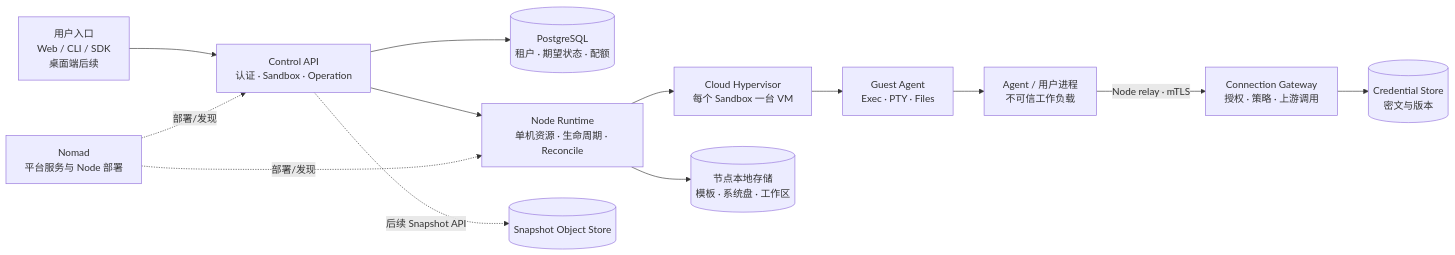
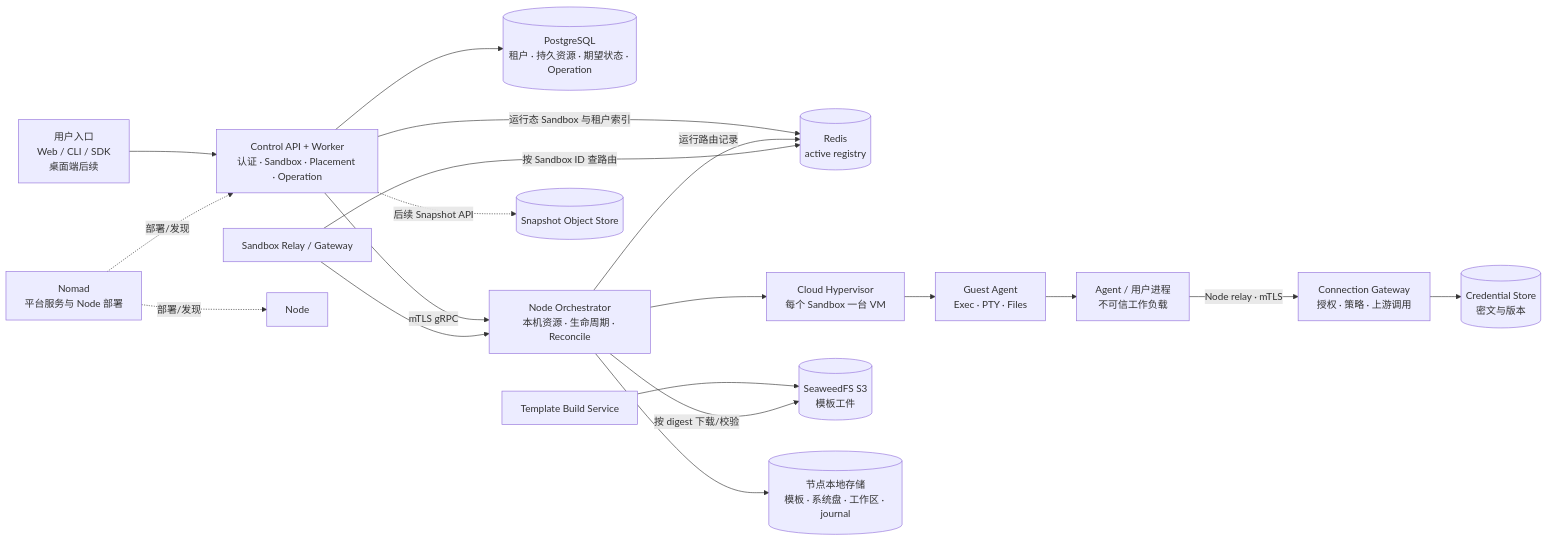
One commit to DROWNING2003/Isodo changed the diagram in specs/product-architecture.md. Above: the diagram before and after it, drawn with Mermaid. The commit also changed other lines of this file and 18 other files, not shown here.

````diff
--- a/specs/product-architecture.md
+++ b/specs/product-architecture.md
@@ -30,15 +30,21 @@
 ```mermaid
 flowchart LR
-  User[用户入口<br/>Web / CLI / SDK<br/>桌面端后续] --> Control[Control API<br/>认证 · Sandbox · Operation]
-  Control --> State[(PostgreSQL<br/>租户 · 期望状态 · 配额)]
-  Control --> Node[Node Runtime<br/>单机资源 · 生命周期 · Reconcile]
-  Node --> CHV[Cloud Hypervisor<br/>每个 Sandbox 一台 VM]
+  User[用户入口<br/>Web / CLI / SDK<br/>桌面端后续] --> Control[Control API + Worker<br/>认证 · Sandbox · Placement · Operation]
+  Control --> State[(PostgreSQL<br/>租户 · 持久资源 · 期望状态 · Operation)]
+  Control -->|mTLS gRPC| Orch[Node Orchestrator<br/>本机资源 · 生命周期 · Reconcile]
+  Control -->|运行态 Sandbox 与租户索引| Redis[(Redis<br/>active registry)]
+  Orch -->|运行路由记录| Redis
+  Relay[Sandbox Relay / Gateway] -->|按 Sandbox ID 查路由| Redis
+  Relay --> Orch
+  Orch --> CHV[Cloud Hypervisor<br/>每个 Sandbox 一台 VM]
   CHV --> Guest[Guest Agent<br/>Exec · PTY · Files]
   Guest --> Agent[Agent / 用户进程<br/>不可信工作负载]
   Agent -->|Node relay · mTLS| Gateway[Connection Gateway<br/>授权 · 策略 · 上游调用]
   Gateway --> Credential[(Credential Store<br/>密文与版本)]
-  Node --> Local[(节点本地存储<br/>模板 · 系统盘 · 工作区)]
+  TemplateBuild[Template Build Service] --> Objects[(SeaweedFS S3<br/>模板工件)]
+  Orch -->|按 digest 下载/校验| Objects
+  Orch --> Local[(节点本地存储<br/>模板 · 系统盘 · 工作区 · journal)]
   Control -.后续 Snapshot API.-> Object[(Snapshot Object Store)]
   Nomad[Nomad<br/>平台服务与 Node 部署] -.部署/发现.-> Control
   Nomad -.部署/发现.-> Node
 ```
````
